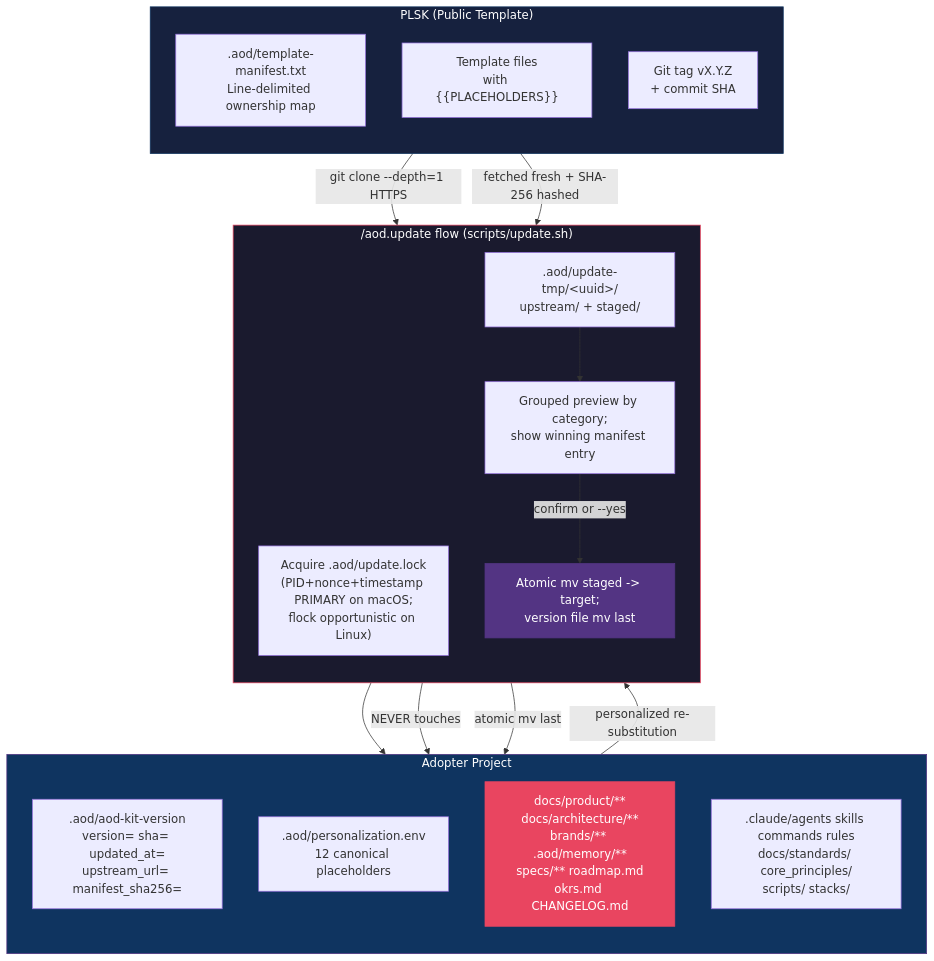
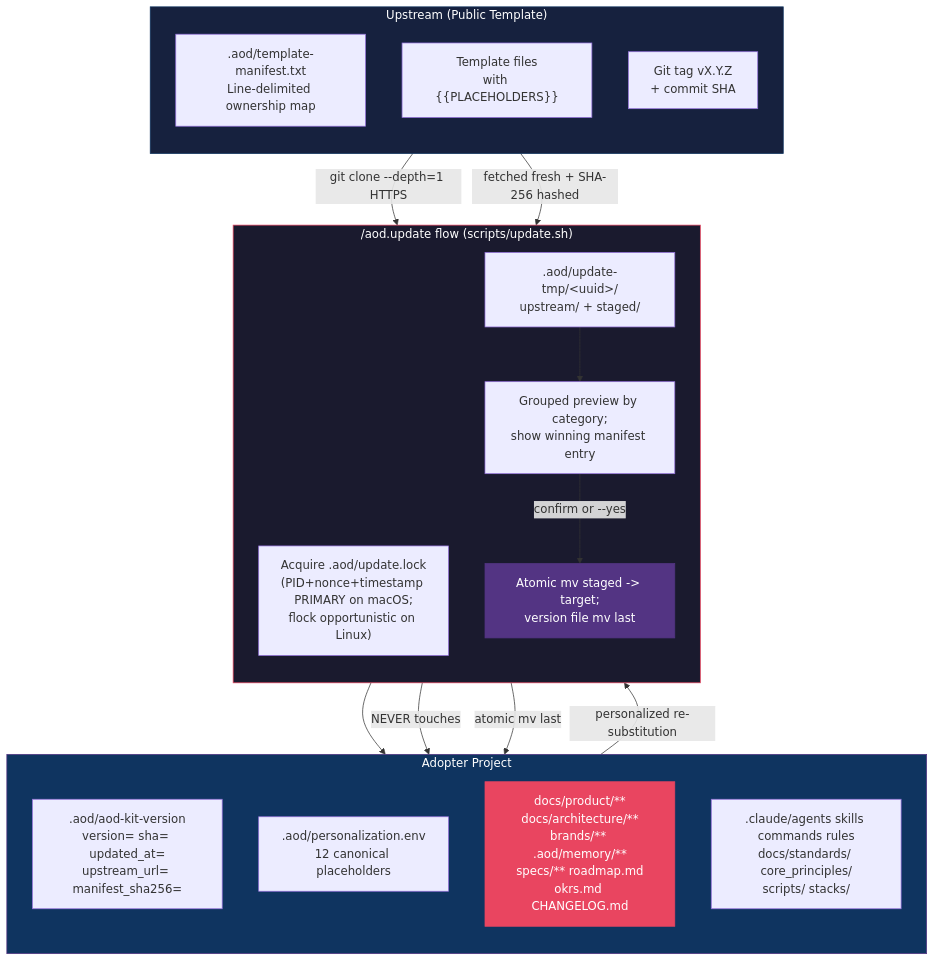
Before and after one commit to davidmatousek/agentic-oriented-development-kit: the first of 2 diagrams in docs/architecture/01_system_design/downstream-update-architecture.md, drawn with Mermaid. The commit also changed other lines of this file and 117 other files, not shown here.

````diff
--- a/docs/architecture/01_system_design/downstream-update-architecture.md
+++ b/docs/architecture/01_system_design/downstream-update-architecture.md
@@ -21,40 +17,40 @@
 ```mermaid
 graph TB
-    subgraph UPSTREAM["PLSK (Public Template)"]
+    subgraph UPSTREAM["Upstream (Public Template)"]
         direction TB
         MANIFEST[".aod/template-manifest.txt<br/>Line-delimited ownership map"]
         FILES["Template files<br/>with {{PLACEHOLDERS}}"]
         TAG["Git tag vX.Y.Z<br/>+ commit SHA"]
     end
 
     subgraph ADOPTER["Adopter Project"]
         direction TB
         VP[".aod/aod-kit-version<br/>version= sha= updated_at=<br/>upstream_url= manifest_sha256="]
         PE[".aod/personalization.env<br/>12 canonical placeholders"]
         GUARDED["docs/product/**<br/>docs/architecture/**<br/>brands/** .aod/memory/**<br/>specs/** roadmap.md<br/>okrs.md CHANGELOG.md"]
         OWNED[".claude/agents skills commands rules<br/>docs/standards/ core_principles/<br/>scripts/ stacks/"]
     end
 
     subgraph UPDATE["/aod.update flow (scripts/update.sh)"]
         direction TB
         LOCK["Acquire .aod/update.lock<br/>(PID+nonce+timestamp PRIMARY on macOS;<br/>flock opportunistic on Linux)"]
         STAGE[".aod/update-tmp/&lt;uuid&gt;/<br/>upstream/ + staged/"]
         PREVIEW["Grouped preview by category;<br/>show winning manifest entry"]
         APPLY["Atomic mv staged -> target;<br/>version file mv last"]
     end
 
     TAG -- "git clone --depth=1 HTTPS" --> STAGE
     MANIFEST -- "fetched fresh + SHA-256 hashed" --> STAGE
     PE -- "personalized re-substitution" --> STAGE
     STAGE --> PREVIEW
     PREVIEW -- "confirm or --yes" --> APPLY
     APPLY --> OWNED
     APPLY -- "NEVER touches" --> GUARDED
     APPLY -- "atomic mv last" --> VP
 
     style UPSTREAM fill:#16213e,stroke:#0f3460,color:#fff
     style ADOPTER fill:#0f3460,stroke:#533483,color:#fff
     style UPDATE fill:#1a1a2e,stroke:#e94560,color:#fff
     style GUARDED fill:#e94560,stroke:#e94560,color:#fff
     style APPLY fill:#533483,stroke:#533483,color:#fff
 ```
````
